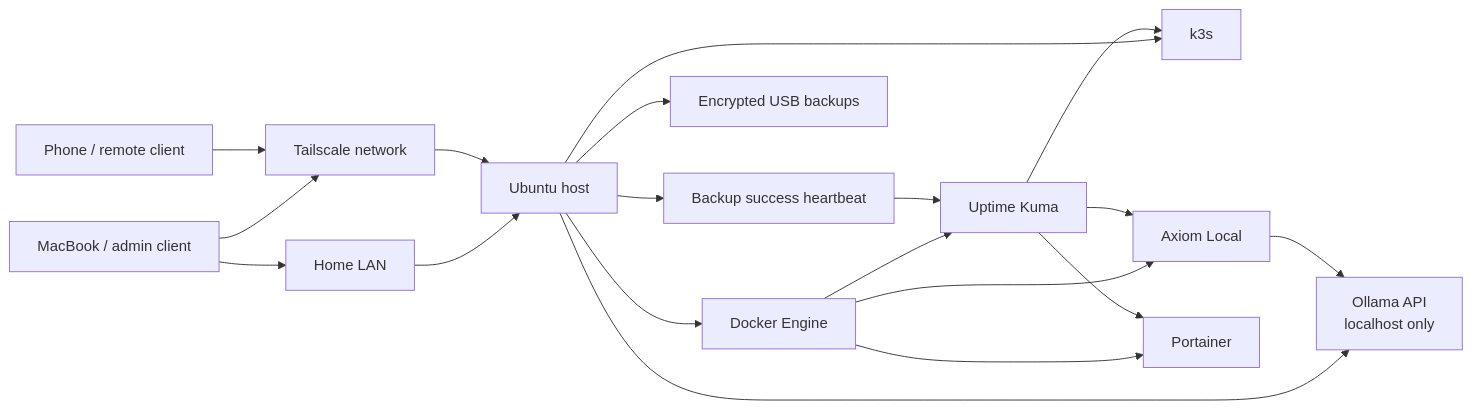
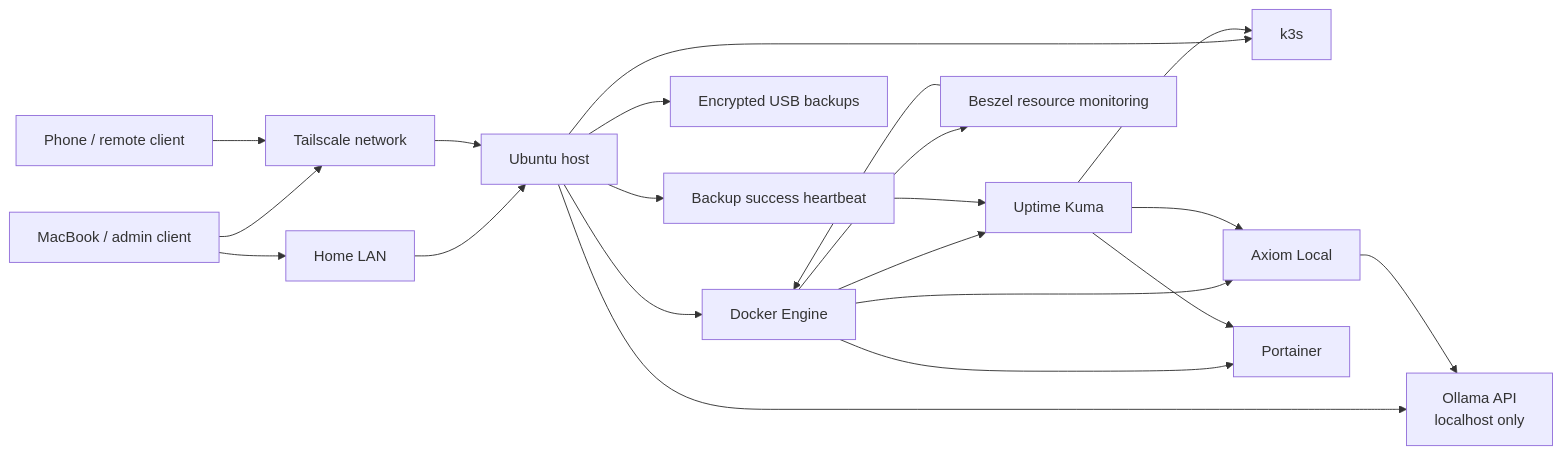
The diagram in README.md (Aydanzee/danzee-homelab), drawn with Mermaid before and after one commit. The commit also changed other lines of this file and 9 other files, not shown here.

Commit message:
Add Beszel resource monitoring and document Axiom Local v1.2

````diff
--- a/README.md
+++ b/README.md
@@ -37,35 +39,38 @@
 ```mermaid
 flowchart LR
     Mac[MacBook / admin client]
     Phone[Phone / remote client]
     TS[Tailscale network]
     Router[Home LAN]
     Lab[Ubuntu host]
     Docker[Docker Engine]
     K3s[k3s]
     Ollama[Ollama API\nlocalhost only]
     Axiom[Axiom Local]
     Kuma[Uptime Kuma]
     Portainer[Portainer]
+    Beszel[Beszel resource monitoring]
     USB[Encrypted USB backups]
     Heartbeat[Backup success heartbeat]
 
     Mac --> Router
     Mac --> TS
     Phone --> TS
     Router --> Lab
     TS --> Lab
     Lab --> Docker
     Lab --> K3s
     Lab --> Ollama
     Docker --> Axiom
     Docker --> Kuma
     Docker --> Portainer
+    Docker --> Beszel
+    Beszel --> Docker
     Axiom --> Ollama
     Kuma --> Axiom
     Kuma --> K3s
     Kuma --> Portainer
     Lab --> USB
     Lab --> Heartbeat
     Heartbeat --> Kuma
 ```
````
